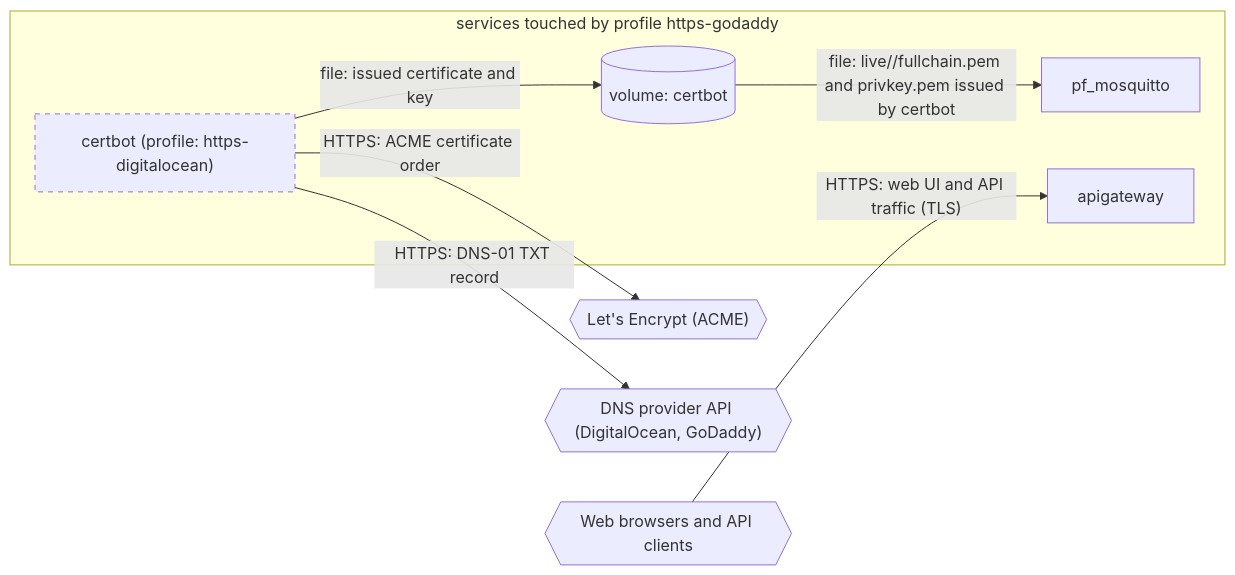
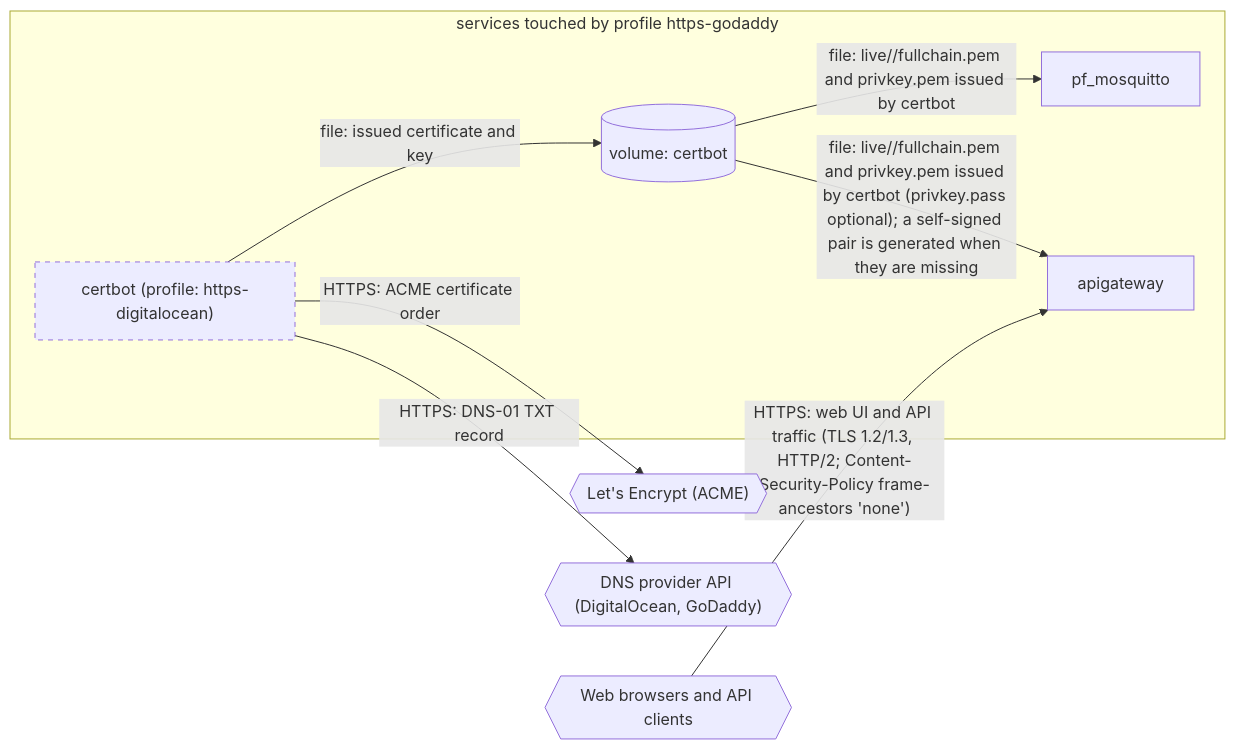
Before and after one commit to pacefactory/deployment-scripts: the diagram in docs/architecture/profiles/https-godaddy.md, drawn with Mermaid. The commit also changed other lines of this file and 84 other files, not shown here.

First line of the commit message:
docs: record apigateway flows and add a SessionStart hook for web sessions

````diff
--- a/docs/architecture/profiles/https-godaddy.md
+++ b/docs/architecture/profiles/https-godaddy.md
@@ -75,19 +76,20 @@
 ```mermaid
 flowchart LR
   classDef optional stroke-dasharray: 5 5
   subgraph deployment["services touched by profile https-godaddy"]
     certbot["certbot (profile: https-digitalocean)"]
     vol_certbot[("volume: certbot")]
     pf_mosquitto["pf_mosquitto"]
     apigateway["apigateway"]
   end
   ext_acme{{"Let's Encrypt (ACME)"}}
   ext_dns_api{{"DNS provider API (DigitalOcean, GoDaddy)"}}
   ext_web_clients{{"Web browsers and API clients"}}
   certbot -->|"HTTPS: ACME certificate order"| ext_acme
   certbot -->|"HTTPS: DNS-01 TXT record"| ext_dns_api
   certbot -->|"file: issued certificate and key"| vol_certbot
   vol_certbot -->|"file: live/<SERVER_NAME>/fullchain.pem and privkey.pem issued by certbot"| pf_mosquitto
-  ext_web_clients -->|"HTTPS: web UI and API traffic (TLS)"| apigateway
+  vol_certbot -->|"file: live/<SERVER_NAME>/fullchain.pem and privkey.pem issued by certbot (privkey.pass optional); a self-signed pair is generated when they are missing"| apigateway
+  ext_web_clients -->|"HTTPS: web UI and API traffic (TLS 1.2/1.3, HTTP/2; Content-Security-Policy frame-ancestors 'none')"| apigateway
   class certbot optional
 ```
````
